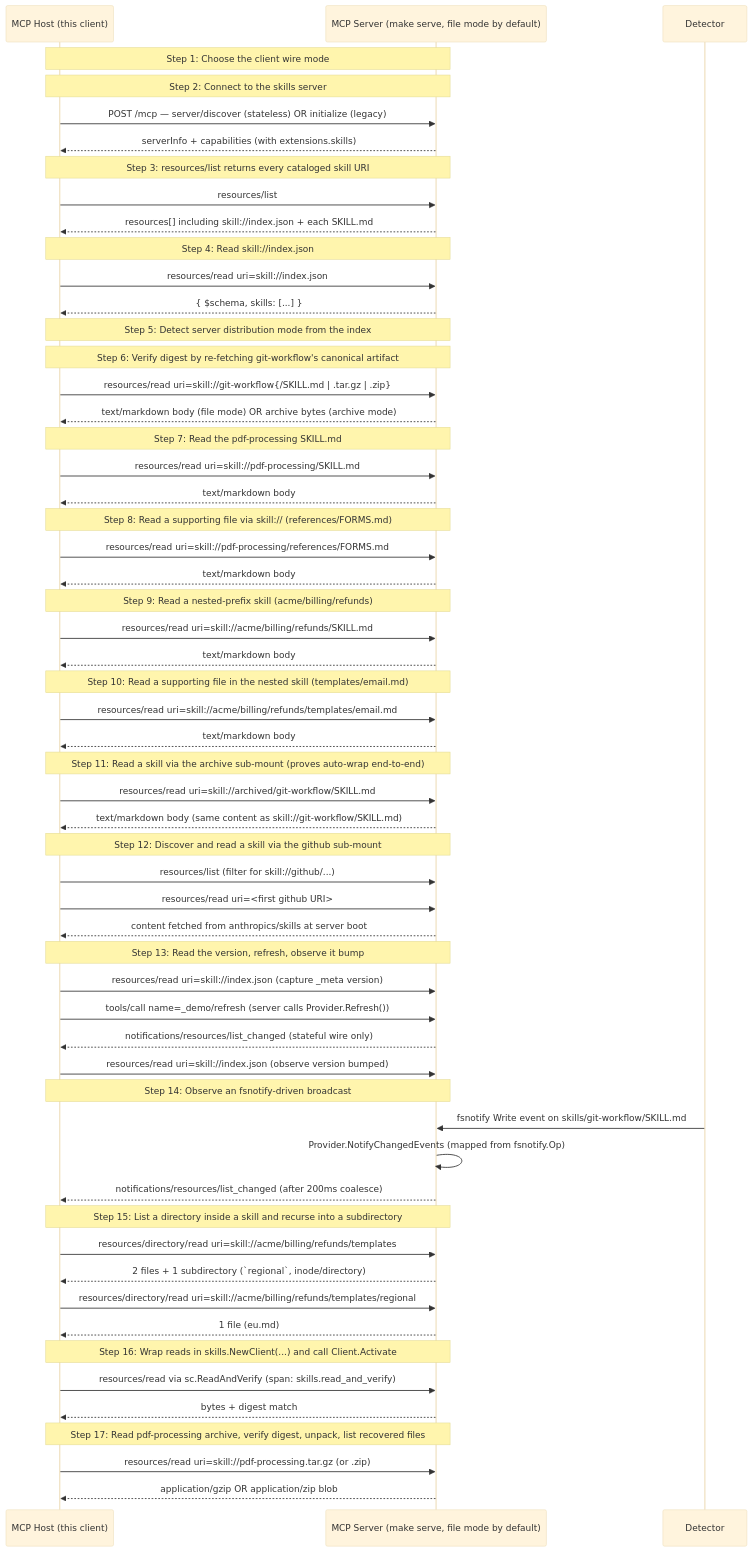
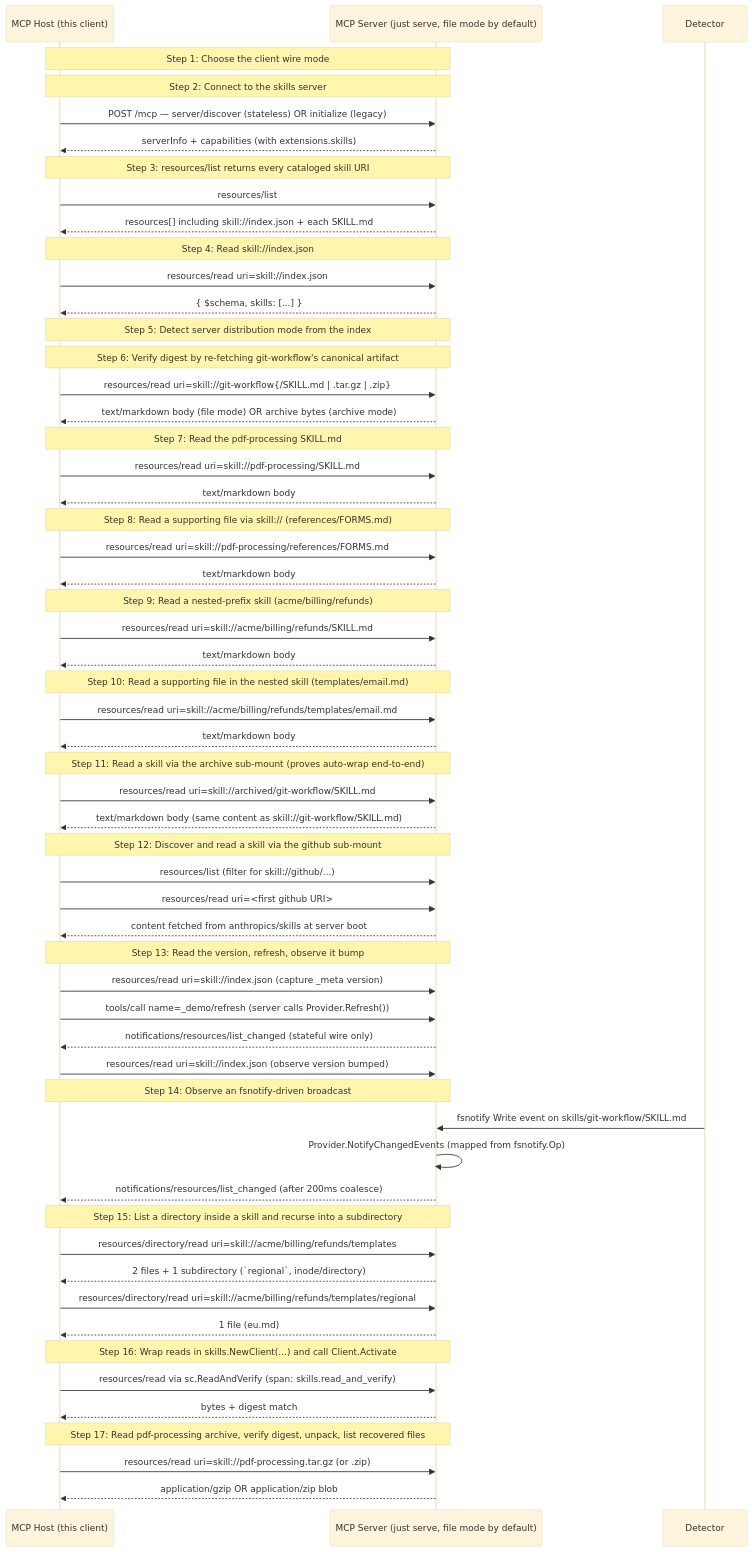
One commit to panyam/mcpkit changed the diagram in examples/skills/WALKTHROUGH.md. Above: the diagram before and after it, drawn with Mermaid (base theme). The commit also changed other lines of this file and 293 other files, not shown here.

````diff
--- a/examples/skills/WALKTHROUGH.md
+++ b/examples/skills/WALKTHROUGH.md
@@ -27,75 +27,75 @@
 ```mermaid
 sequenceDiagram
     participant Host as MCP Host (this client)
-    participant Server as MCP Server (make serve, file mode by default)
+    participant Server as MCP Server (just serve, file mode by default)
 
     Note over Host,Server: Step 1: Choose the client wire mode
 
     Note over Host,Server: Step 2: Connect to the skills server
     Host->>Server: POST /mcp — server/discover (stateless) OR initialize (legacy)
     Server-->>Host: serverInfo + capabilities (with extensions.skills)
 
     Note over Host,Server: Step 3: resources/list returns every cataloged skill URI
     Host->>Server: resources/list
     Server-->>Host: resources[] including skill://index.json + each SKILL.md
 
     Note over Host,Server: Step 4: Read skill://index.json
     Host->>Server: resources/read uri=skill://index.json
     Server-->>Host: { $schema, skills: [...] }
 
     Note over Host,Server: Step 5: Detect server distribution mode from the index
 
     Note over Host,Server: Step 6: Verify digest by re-fetching git-workflow's canonical artifact
     Host->>Server: resources/read uri=skill://git-workflow{/SKILL.md | .tar.gz | .zip}
     Server-->>Host: text/markdown body (file mode) OR archive bytes (archive mode)
 
     Note over Host,Server: Step 7: Read the pdf-processing SKILL.md
     Host->>Server: resources/read uri=skill://pdf-processing/SKILL.md
     Server-->>Host: text/markdown body
 
     Note over Host,Server: Step 8: Read a supporting file via skill:// (references/FORMS.md)
     Host->>Server: resources/read uri=skill://pdf-processing/references/FORMS.md
     Server-->>Host: text/markdown body
 
     Note over Host,Server: Step 9: Read a nested-prefix skill (acme/billing/refunds)
     Host->>Server: resources/read uri=skill://acme/billing/refunds/SKILL.md
     Server-->>Host: text/markdown body
 
     Note over Host,Server: Step 10: Read a supporting file in the nested skill (templates/email.md)
     Host->>Server: resources/read uri=skill://acme/billing/refunds/templates/email.md
     Server-->>Host: text/markdown body
 
     Note over Host,Server: Step 11: Read a skill via the archive sub-mount (proves auto-wrap end-to-end)
     Host->>Server: resources/read uri=skill://archived/git-workflow/SKILL.md
     Server-->>Host: text/markdown body (same content as skill://git-workflow/SKILL.md)
 
     Note over Host,Server: Step 12: Discover and read a skill via the github sub-mount
     Host->>Server: resources/list (filter for skill://github/...)
     Host->>Server: resources/read uri=<first github URI>
     Server-->>Host: content fetched from anthropics/skills at server boot
 
     Note over Host,Server: Step 13: Read the version, refresh, observe it bump
     Host->>Server: resources/read uri=skill://index.json (capture _meta version)
     Host->>Server: tools/call name=_demo/refresh (server calls Provider.Refresh())
     Server-->>Host: notifications/resources/list_changed (stateful wire only)
     Host->>Server: resources/read uri=skill://index.json (observe version bumped)
 
     Note over Host,Server: Step 14: Observe an fsnotify-driven broadcast
     Detector->>Server: fsnotify Write event on skills/git-workflow/SKILL.md
     Server->>Server: Provider.NotifyChangedEvents (mapped from fsnotify.Op)
     Server-->>Host: notifications/resources/list_changed (after 200ms coalesce)
 
     Note over Host,Server: Step 15: List a directory inside a skill and recurse into a subdirectory
     Host->>Server: resources/directory/read uri=skill://acme/billing/refunds/templates
     Server-->>Host: 2 files + 1 subdirectory (`regional`, inode/directory)
     Host->>Server: resources/directory/read uri=skill://acme/billing/refunds/templates/regional
     Server-->>Host: 1 file (eu.md)
 
     Note over Host,Server: Step 16: Wrap reads in skills.NewClient(...) and call Client.Activate
     Host->>Server: resources/read via sc.ReadAndVerify (span: skills.read_and_verify)
     Server-->>Host: bytes + digest match
 
     Note over Host,Server: Step 17: Read pdf-processing archive, verify digest, unpack, list recovered files
     Host->>Server: resources/read uri=skill://pdf-processing.tar.gz (or .zip)
     Server-->>Host: application/gzip OR application/zip blob
 ```
````
